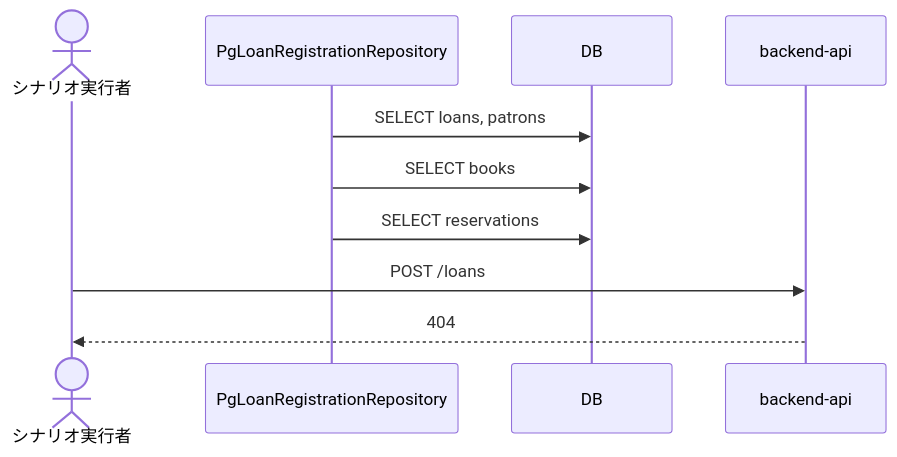
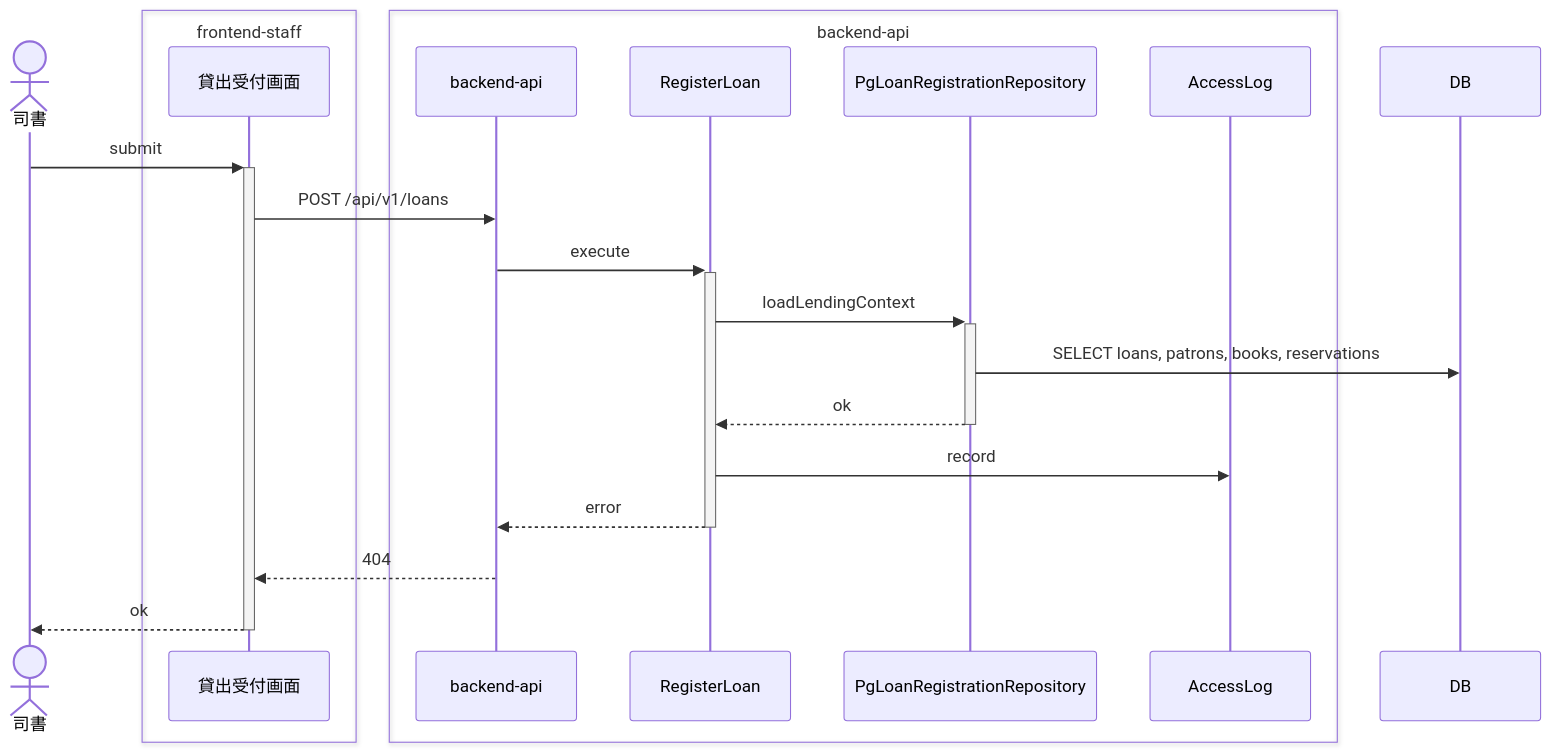
Before and after one commit to suwa-sh/suwa-sh-claude-plugins: the third of 9 diagrams in samples/distillery2/library-loan/docs/as-built/貸出業務/貸出を登録する/sequence.md, drawn with Mermaid. The commit also changed other lines of this file and 64 other files, not shown here.

First line of the commit message:
feat(distillery2): as-built を読者の順に組み替え、e2e シーケンス図とデータフロー図を追加 (0.1.5)

````diff
--- a/samples/distillery2/library-loan/docs/as-built/貸出業務/貸出を登録する/sequence.md
+++ b/samples/distillery2/library-loan/docs/as-built/貸出業務/貸出を登録する/sequence.md
@@ -43,12 +58,24 @@
 ```mermaid
 sequenceDiagram
-    actor p0________ as シナリオ実行者
-    participant p1_PgLoanRegistrationRepository as PgLoanRegistrationRepository
-    participant p2_DB as DB
-    participant p3_backend_api as backend-api
-    p1_PgLoanRegistrationRepository->>p2_DB: SELECT loans, patrons
-    p1_PgLoanRegistrationRepository->>p2_DB: SELECT books
-    p1_PgLoanRegistrationRepository->>p2_DB: SELECT reservations
-    p0________->>p3_backend_api: POST /loans
-    p3_backend_api-->>p0________: 404
+    actor p0 as 司書
+    box transparent frontend-staff
+        participant p1 as 貸出受付画面
+    end
+    box transparent backend-api
+        participant p2 as backend-api
+        participant p3 as RegisterLoan
+        participant p4 as PgLoanRegistrationRepository
+        participant p6 as AccessLog
+    end
+    participant p5 as DB
+    p0->>+p1: submit
+    p1->>p2: POST /api/v1/loans
+    p2->>+p3: execute
+    p3->>+p4: loadLendingContext
+    p4->>p5: SELECT loans, patrons, books, reservations
+    p4-->>-p3: ok
+    p3->>p6: record
+    p3-->>-p2: error
+    p2-->>p1: 404
+    p1-->>-p0: ok
 ```
````
